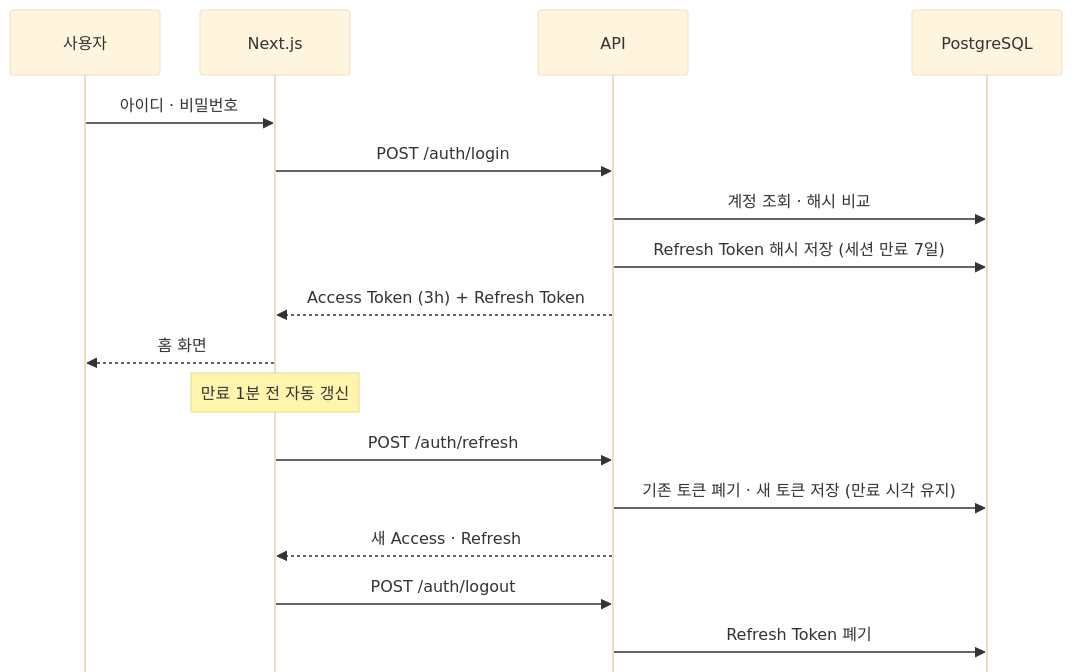
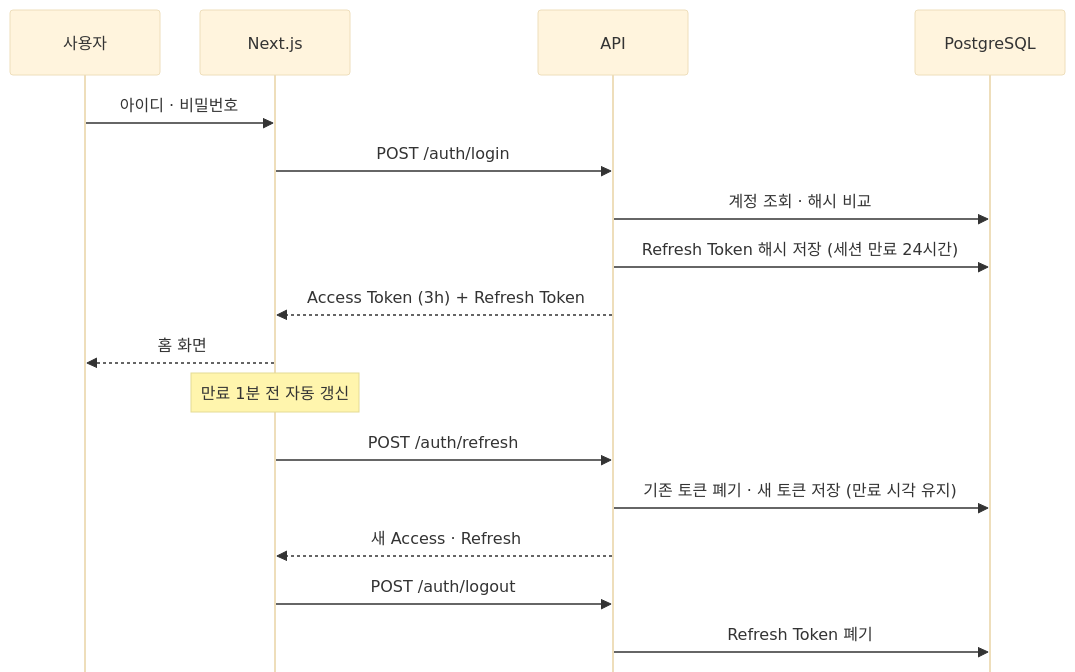
The fifth of 15 diagrams in README.md (wjsgusdn12/naverworks_clone_api), drawn with Mermaid (base theme) before and after one commit. The commit also changed other lines of this file and 2 other files, not shown here.

Commit message:
로그인 세션 최대 유지 시간을 7일에서 24시간으로 변경

````diff
--- a/README.md
+++ b/README.md
@@ -205,31 +205,31 @@
 ```mermaid
 ---
 config:
   markdownAutoWrap: false
   sequence:
     actorMargin: 40
     messageMargin: 44
     mirrorActors: false
     wrap: false
 ---
 sequenceDiagram
     participant U as 사용자
     participant F as Next.js
     participant A as API
     participant D as PostgreSQL
 
     U->>F: 아이디 · 비밀번호
     F->>A: POST /auth/login
     A->>D: 계정 조회 · 해시 비교
-    A->>D: Refresh Token 해시 저장 (세션 만료 7일)
+    A->>D: Refresh Token 해시 저장 (세션 만료 24시간)
     A-->>F: Access Token (3h) + Refresh Token
     F-->>U: 홈 화면
 
     Note over F: 만료 1분 전 자동 갱신
     F->>A: POST /auth/refresh
     A->>D: 기존 토큰 폐기 · 새 토큰 저장 (만료 시각 유지)
     A-->>F: 새 Access · Refresh
 
     F->>A: POST /auth/logout
     A->>D: Refresh Token 폐기
 ```
````
